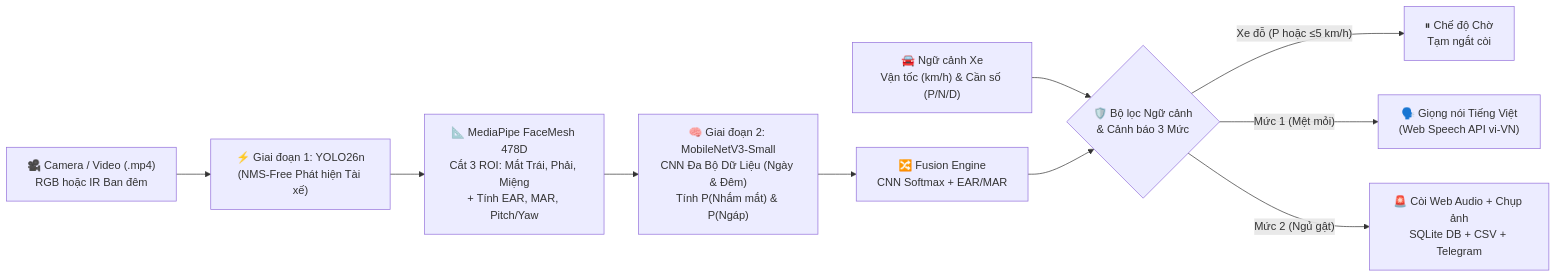
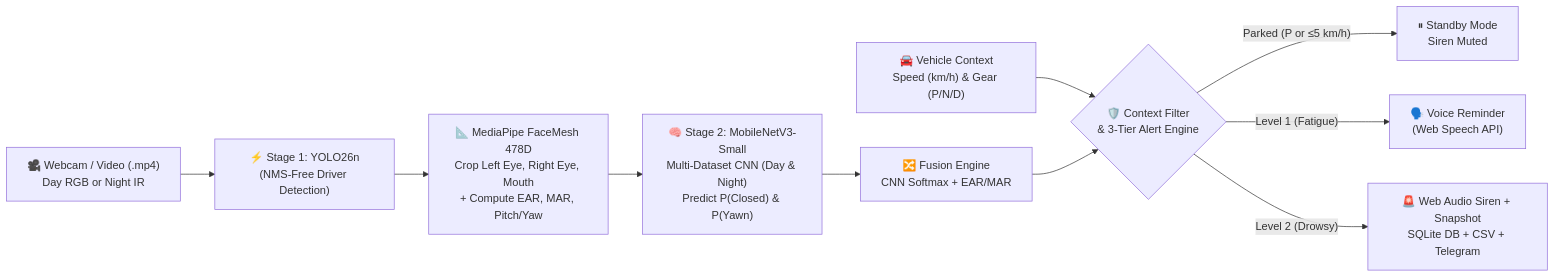
The diagram in README.md (nqming/driver-drowsiness-yolo26-cnn), drawn with Mermaid before and after one commit. The commit also changed other lines of this file and 1 other file, not shown here.

````diff
--- a/README.md
+++ b/README.md
@@ -53,12 +59,12 @@
 ```mermaid
 flowchart LR
-    A["🎥 Camera / Video (.mp4)<br/>RGB hoặc IR Ban đêm"] --> B["⚡ Giai đoạn 1: YOLO26n<br/>(NMS-Free Phát hiện Tài xế)"]
-    B --> C["📐 MediaPipe FaceMesh 478D<br/>Cắt 3 ROI: Mắt Trái, Phải, Miệng<br/>+ Tính EAR, MAR, Pitch/Yaw"]
-    C --> D["🧠 Giai đoạn 2: MobileNetV3-Small<br/>CNN Đa Bộ Dữ Liệu (Ngày & Đêm)<br/>Tính P(Nhắm mắt) & P(Ngáp)"]
+    A["🎥 Webcam / Video (.mp4)<br/>Day RGB or Night IR"] --> B["⚡ Stage 1: YOLO26n<br/>(NMS-Free Driver Detection)"]
+    B --> C["📐 MediaPipe FaceMesh 478D<br/>Crop Left Eye, Right Eye, Mouth<br/>+ Compute EAR, MAR, Pitch/Yaw"]
+    C --> D["🧠 Stage 2: MobileNetV3-Small<br/>Multi-Dataset CNN (Day & Night)<br/>Predict P(Closed) & P(Yawn)"]
     D --> E["🔀 Fusion Engine<br/>CNN Softmax + EAR/MAR"]
-    F["🚘 Ngữ cảnh Xe<br/>Vận tốc (km/h) & Cần số (P/N/D)"] --> G{"🛡️ Bộ lọc Ngữ cảnh<br/>& Cảnh báo 3 Mức"}
+    F["🚘 Vehicle Context<br/>Speed (km/h) & Gear (P/N/D)"] --> G{"🛡️ Context Filter<br/>& 3-Tier Alert Engine"}
     E --> G
-    G -->|"Xe đỗ (P hoặc ≤5 km/h)"| H["⏸ Chế độ Chờ<br/>Tạm ngắt còi"]
-    G -->|"Mức 1 (Mệt mỏi)"| I["🗣️ Giọng nói Tiếng Việt<br/>(Web Speech API vi-VN)"]
-    G -->|"Mức 2 (Ngủ gật)"| J["🚨 Còi Web Audio + Chụp ảnh<br/>SQLite DB + CSV + Telegram"]
+    G -->|"Parked (P or ≤5 km/h)"| H["⏸ Standby Mode<br/>Siren Muted"]
+    G -->|"Level 1 (Fatigue)"| I["🗣️ Voice Reminder<br/>(Web Speech API)"]
+    G -->|"Level 2 (Drowsy)"| J["🚨 Web Audio Siren + Snapshot<br/>SQLite DB + CSV + Telegram"]
 ```
````
